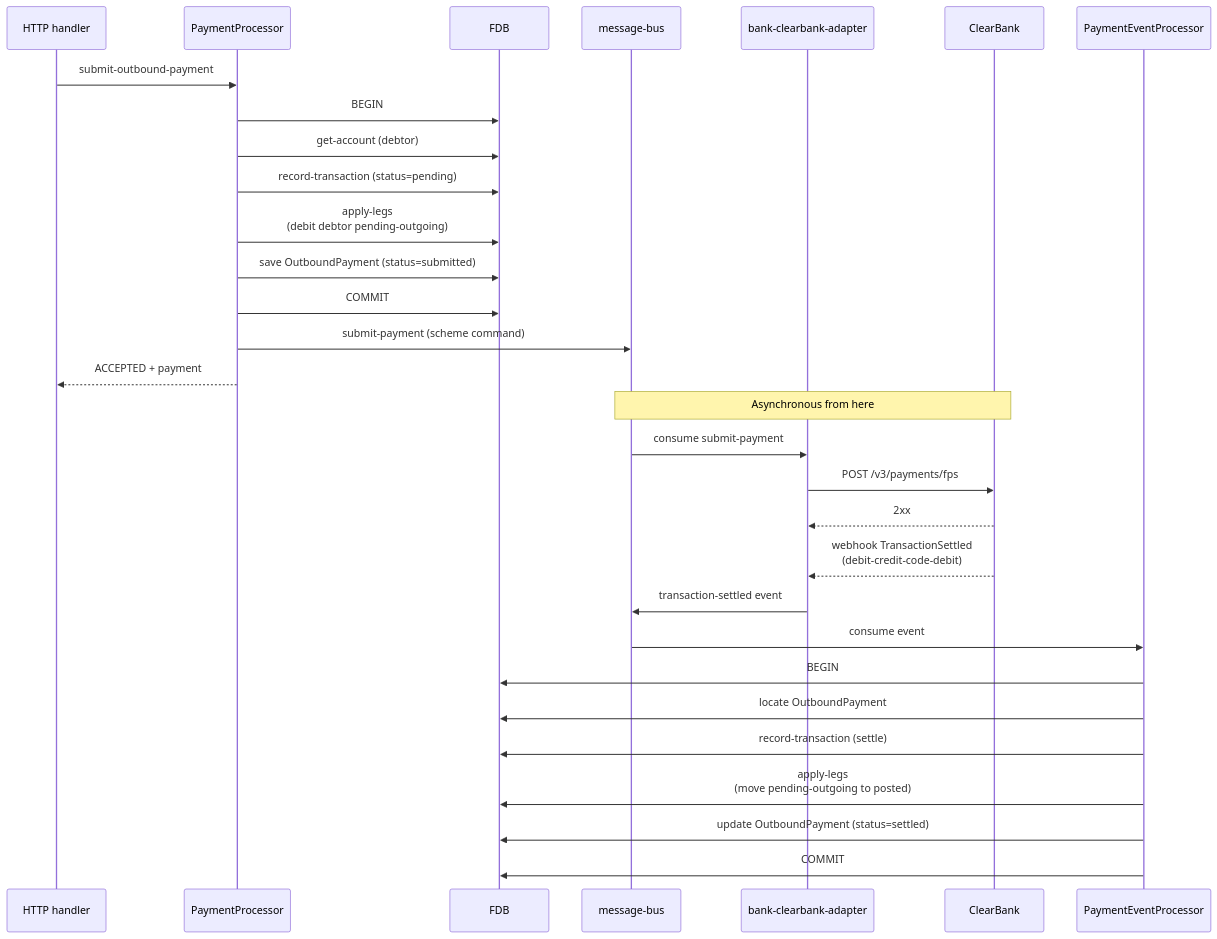
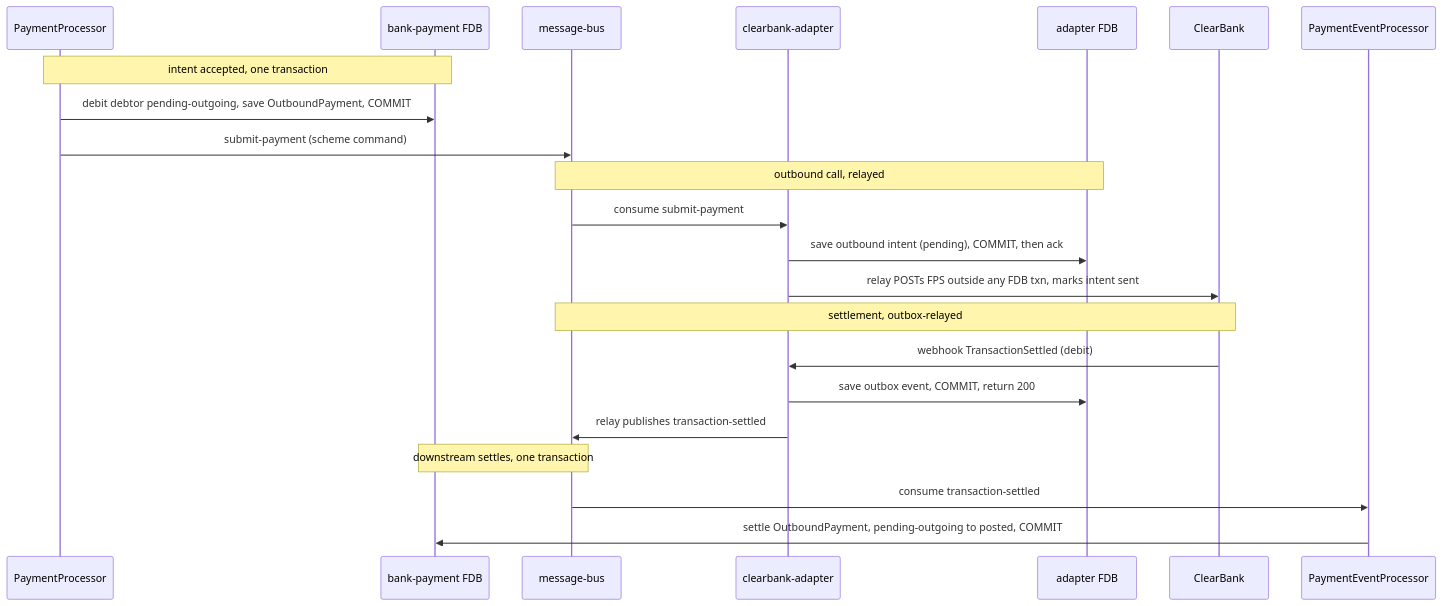
The fifth of 6 diagrams in docs/tdd/payments.md (kjothen/queenswood), drawn with Mermaid before and after one commit. The commit also changed other lines of this file and 5 other files, not shown here.

````diff
--- a/docs/tdd/payments.md
+++ b/docs/tdd/payments.md
@@ -260,35 +260,28 @@
 ```mermaid
 sequenceDiagram
-    participant H as HTTP handler
     participant P as PaymentProcessor
-    participant F as FDB
+    participant F as bank-payment FDB
     participant B as message-bus
-    participant A as bank-clearbank-adapter
+    participant A as clearbank-adapter
+    participant AF as adapter FDB
     participant C as ClearBank
     participant E as PaymentEventProcessor
 
-    H->>P: submit-outbound-payment
-    P->>F: BEGIN
-    P->>F: get-account (debtor)
-    P->>F: record-transaction (status=pending)
-    P->>F: apply-legs<br/>(debit debtor pending-outgoing)
-    P->>F: save OutboundPayment (status=submitted)
-    P->>F: COMMIT
+    Note over P,F: intent accepted, one transaction
+    P->>F: debit debtor pending-outgoing, save OutboundPayment, COMMIT
     P->>B: submit-payment (scheme command)
-    P-->>H: ACCEPTED + payment
 
-    Note over B,C: Asynchronous from here
+    Note over B,AF: outbound call, relayed
+    B->>A: consume submit-payment
+    A->>AF: save outbound intent (pending), COMMIT, then ack
+    A->>C: relay POSTs FPS outside any FDB txn, marks intent sent
 
-    B->>A: consume submit-payment
-    A->>C: POST /v3/payments/fps
-    C-->>A: 2xx
-    C-->>A: webhook TransactionSettled<br/>(debit-credit-code-debit)
-    A->>B: transaction-settled event
-    B->>E: consume event
-    E->>F: BEGIN
-    E->>F: locate OutboundPayment
-    E->>F: record-transaction (settle)
-    E->>F: apply-legs<br/>(move pending-outgoing to posted)
-    E->>F: update OutboundPayment (status=settled)
-    E->>F: COMMIT
+    Note over C,B: settlement, outbox-relayed
+    C->>A: webhook TransactionSettled (debit)
+    A->>AF: save outbox event, COMMIT, return 200
+    A->>B: relay publishes transaction-settled
+
+    Note over B,F: downstream settles, one transaction
+    B->>E: consume transaction-settled
+    E->>F: settle OutboundPayment, pending-outgoing to posted, COMMIT
 ```
````
